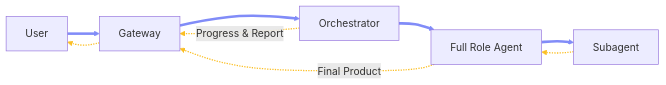
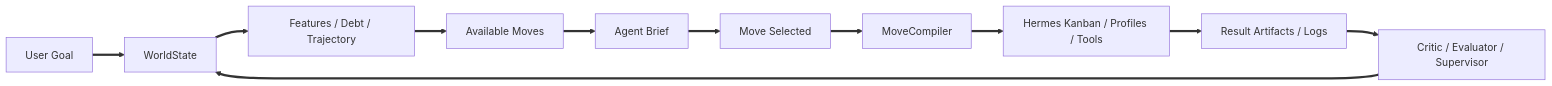
The second of 2 diagrams in content/chapter-2.1.md (nyandesigns0/openclaw-guide), drawn with Mermaid before and after one commit. The commit also changed other lines of this file and 12 other files, not shown here.

Commit message:
docs: update chapters 1.1, 1.2, 2.1, 2.2, and 2.3 to define A.A.S. Field Runtime architecture, agent models, memory structures, and design principles

````diff
--- a/content/chapter-2.1.md
+++ b/content/chapter-2.1.md
@@ -14,16 +56,14 @@
 ```mermaid
 %%{init: {'flowchart': {'arrowMarkerSize': 1.5}}}%%
 flowchart LR
-    U[User] ==> G[Gateway]
-    G ==> O[Orchestrator]
-    O ==> FRA[Full Role Agent]
-    FRA ==> SA[Subagent]
-    
-    SA -.-> FRA
-    O -. "Progress & Report" .-> G
-    FRA -. "Final Product" .-> G
-    G -.-> U
-    
-    linkStyle 0,1,2,3 stroke:#818cf8,stroke-width:4px
-    linkStyle 4,5,6,7 stroke:#fbbf24,stroke-width:2px
+    U[User Goal] ==> W[WorldState]
+    W ==> F[Features / Debt / Trajectory]
+    F ==> A[Available Moves]
+    A ==> B[Agent Brief]
+    B ==> M[Move Selected]
+    M ==> X[MoveCompiler]
+    X ==> O[Hermes Kanban / Profiles / Tools]
+    O ==> R[Result Artifacts / Logs]
+    R ==> C[Critic / Evaluator / Supervisor]
+    C ==> W
 ```
````
